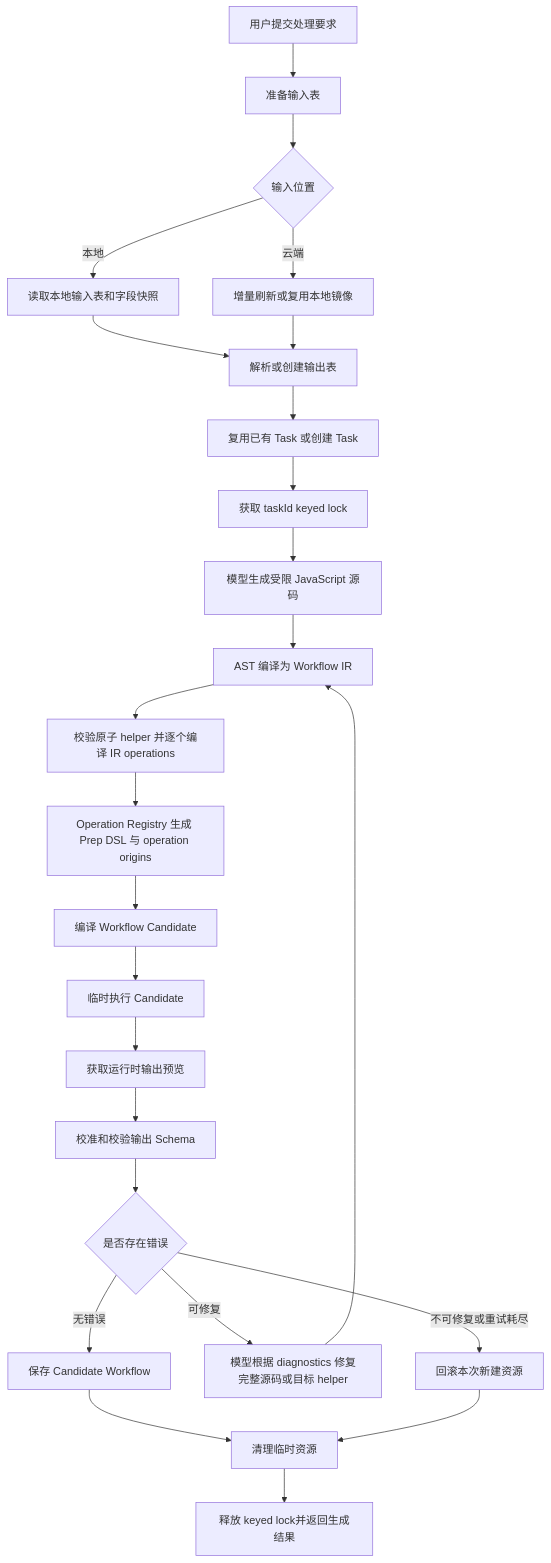
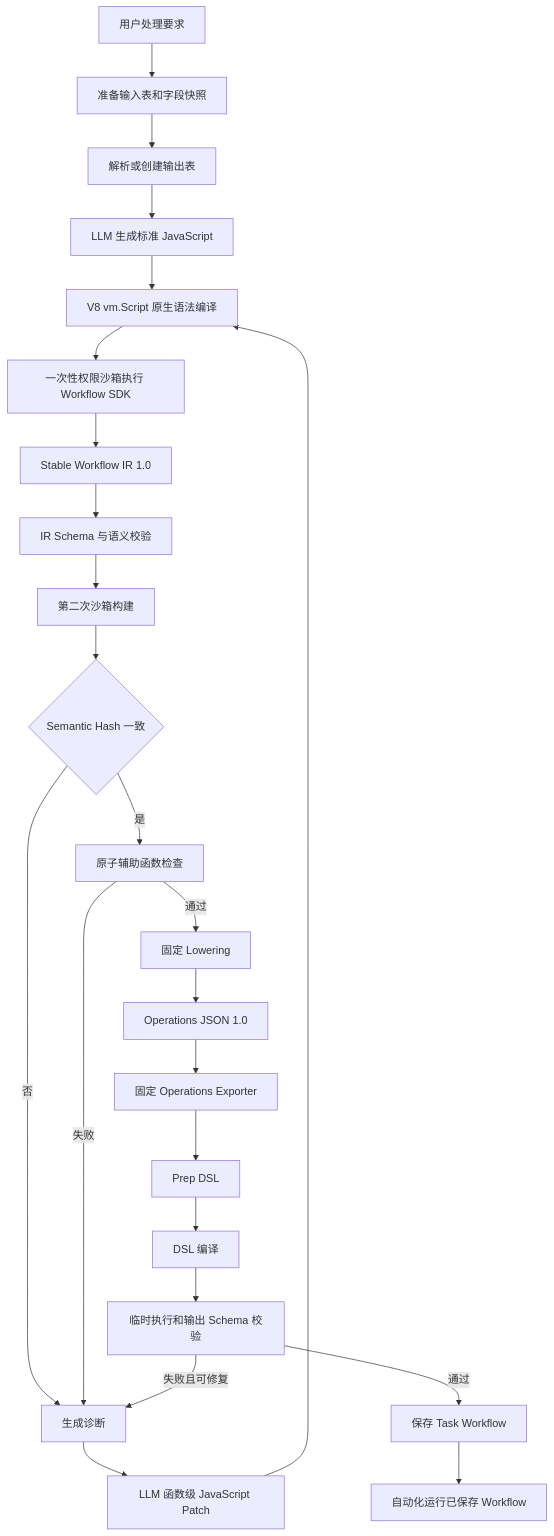
The diagram in design/automation/data-processing-automation-rp.md (tyro668/sophron-cowork-desktop), drawn with Mermaid before and after one commit. The commit also changed other lines of this file and 16 other files, not shown here.

````diff
--- a/design/automation/data-processing-automation-rp.md
+++ b/design/automation/data-processing-automation-rp.md
@@ -76,27 +26,26 @@
 ```mermaid
 flowchart TD
-    A[用户提交处理要求] --> B[准备输入表]
-    B --> C{输入位置}
-    C -->|本地| D[读取本地输入表和字段快照]
-    C -->|云端| E[增量刷新或复用本地镜像]
-    D --> F[解析或创建输出表]
-    E --> F
-    F --> G[复用已有 Task 或创建 Task]
-    G --> H[获取 taskId keyed lock]
-    H --> I[模型生成受限 JavaScript 源码]
-    I --> J[AST 编译为 Workflow IR]
-    J --> K[校验原子 helper 并逐个编译 IR operations]
-    K --> L[Operation Registry 生成 Prep DSL 与 operation origins]
-    L --> M[编译 Workflow Candidate]
-    M --> N[临时执行 Candidate]
-    N --> O[获取运行时输出预览]
-    O --> P[校准和校验输出 Schema]
-    P --> Q{是否存在错误}
-    Q -->|无错误| R[保存 Candidate Workflow]
-    R --> S[清理临时资源]
-    S --> T[释放 keyed lock并返回生成结果]
-    Q -->|可修复| U[模型根据 diagnostics 修复完整源码或目标 helper]
-    U --> J
-    Q -->|不可修复或重试耗尽| V[回滚本次新建资源]
-    V --> S
+    A[用户处理要求] --> B[准备输入表和字段快照]
+    B --> C[解析或创建输出表]
+    C --> D[LLM 生成标准 JavaScript]
+    D --> E[V8 vm.Script 原生语法编译]
+    E --> F[一次性权限沙箱执行 Workflow SDK]
+    F --> G[Stable Workflow IR 1.0]
+    G --> H[IR Schema 与语义校验]
+    H --> I[第二次沙箱构建]
+    I --> J{Semantic Hash 一致}
+    J -->|否| R[生成诊断]
+    J -->|是| K[原子辅助函数检查]
+    K -->|失败| R
+    R --> P[LLM 函数级 JavaScript Patch]
+    P --> E
+    K -->|通过| L[固定 Lowering]
+    L --> M[Operations JSON 1.0]
+    M --> N[固定 Operations Exporter]
+    N --> O[Prep DSL]
+    O --> Q[DSL 编译]
+    Q --> S[临时执行和输出 Schema 校验]
+    S -->|失败且可修复| R
+    S -->|通过| T[保存 Task Workflow]
+    T --> U[自动化运行已保存 Workflow]
 ```
````
